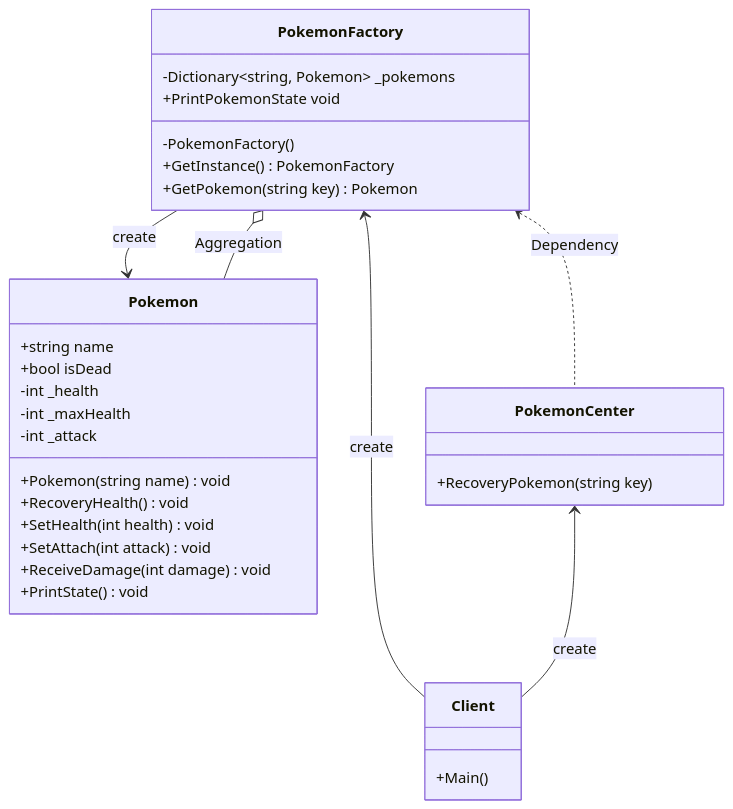
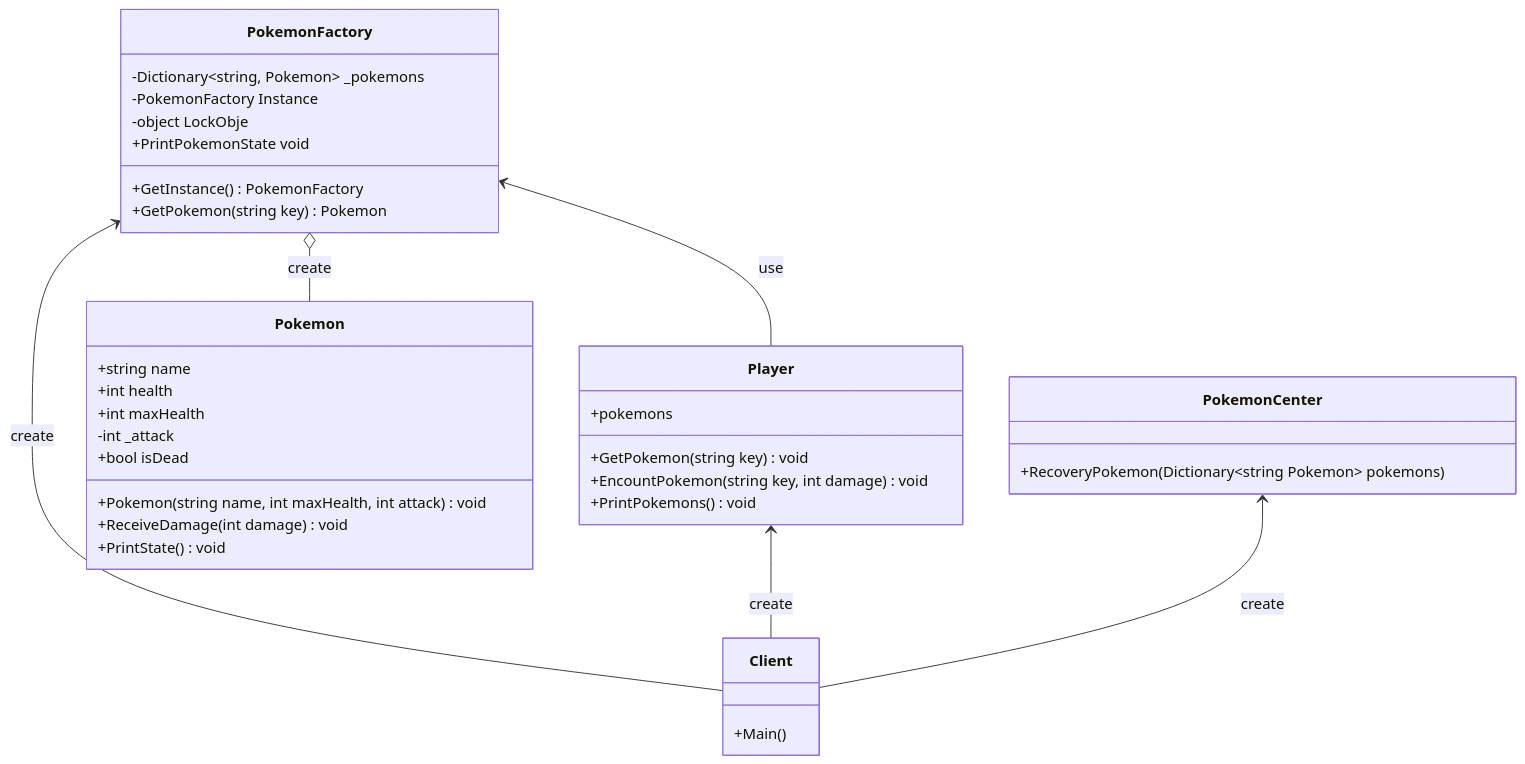
The diagram in Flyweight/README.md (0123takaokeita/design_patterns), drawn with Mermaid before and after one commit. The commit also changed other lines of this file, not shown here.

````diff
--- a/Flyweight/README.md
+++ b/Flyweight/README.md
@@ -16,38 +24,43 @@
 ```mermaid
 classDiagram
-    PokemonFactory --> Pokemon : create
-    PokemonFactory o-- Pokemon : Aggregation
-    PokemonFactory <.. PokemonCenter : Dependency
     PokemonFactory <-- Client : create
+    Player <-- Client : create
+    PokemonFactory <-- Player : use
+    PokemonFactory o-- Pokemon : create
     PokemonCenter <-- Client : create
 
     class PokemonFactory{
         -Dictionary~string, Pokemon~ _pokemons
-        -PokemonFactory()
+        -PokemonFactory Instance
+        -object LockObje
         +GetInstance() PokemonFactory
         +GetPokemon(string key) Pokemon
         +PrintPokemonState void
     }
 
+    class Player {
+        +pokemons
+        +GetPokemon(string key) void
+        +EncountPokemon(string key, int damage) void
+        +PrintPokemons() void
+    }
+
     class Pokemon{
         +string name
+        +int health
+        +int maxHealth
+        -int _attack
         +bool isDead
-        -int _health
-        -int _maxHealth
-        -int _attack
-        +Pokemon(string name) void
-        +RecoveryHealth() void
-        +SetHealth(int health) void
-        +SetAttach(int attack) void
+        +Pokemon(string name, int maxHealth, int attack) void
         +ReceiveDamage(int damage) void
         +PrintState() void
     }
 
     class PokemonCenter{
-        +RecoveryPokemon(string key)
+        +RecoveryPokemon(Dictionary~string Pokemon~ pokemons)
     }
 
     class Client{
         +Main()
     }
 ```
````
